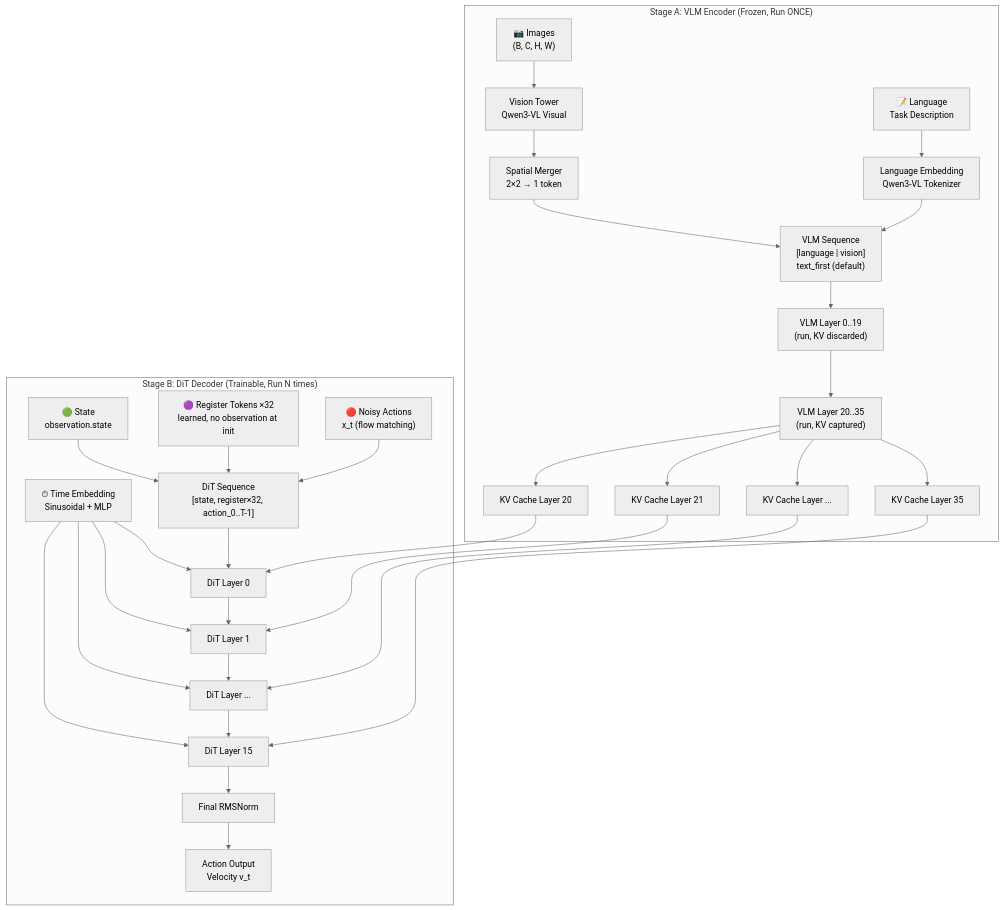
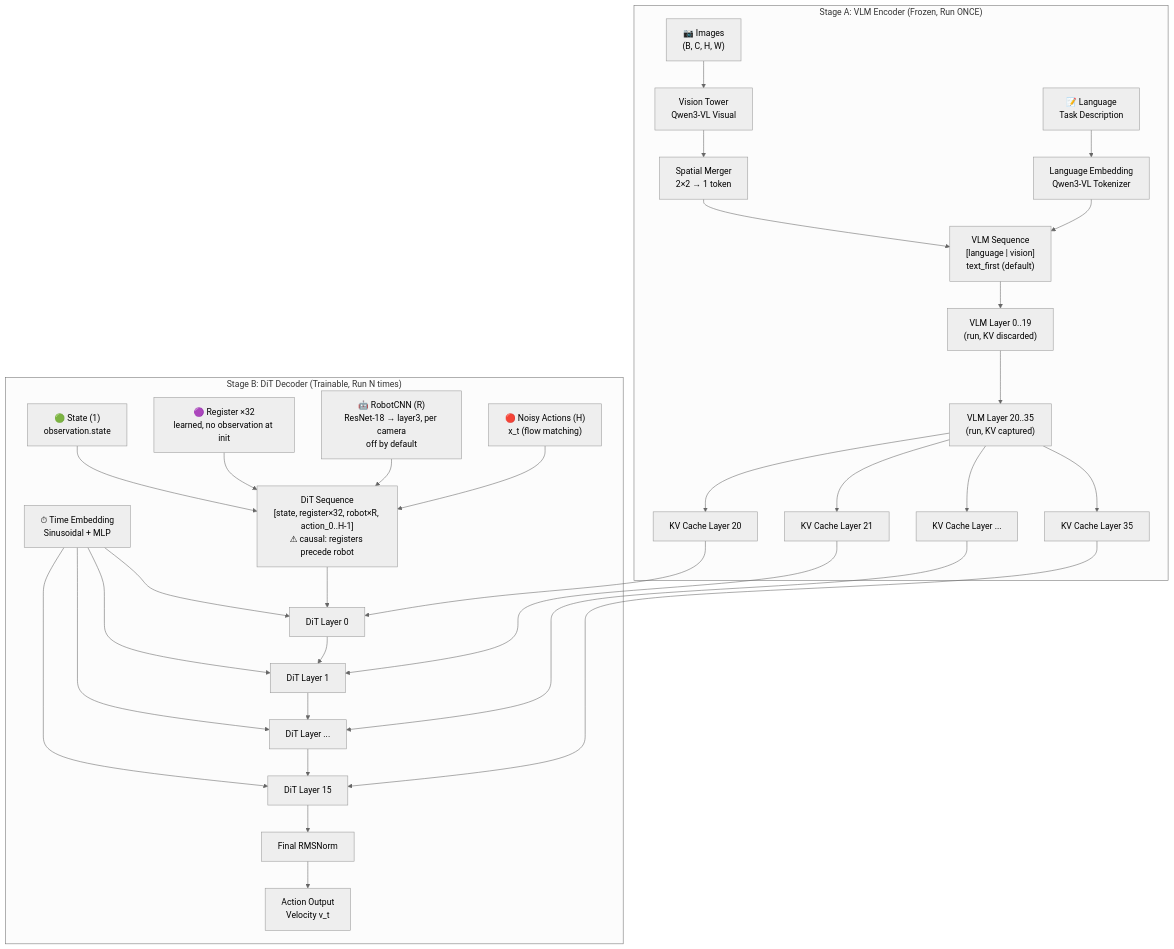
The diagram in src/models/wiltechs_vla/ARCHITECTURE.md (mayuanyang/lerobot-piper), drawn with Mermaid (neutral theme) before and after one commit. The commit also changed other lines of this file, not shown here.

First line of the commit message:
docs(wiltechs_vla): show where RobotCNN tokens sit and what the mask does to them

````diff
--- a/src/models/wiltechs_vla/ARCHITECTURE.md
+++ b/src/models/wiltechs_vla/ARCHITECTURE.md
@@ -11,58 +11,60 @@
 ```mermaid
 graph TB
     subgraph "Stage A: VLM Encoder (Frozen, Run ONCE)"
         Images["📷 Images<br/>(B, C, H, W)"]
         Language["📝 Language<br/>Task Description"]
         
         VisionTower["Vision Tower<br/>Qwen3-VL Visual"]
         SpatialMerger["Spatial Merger<br/>2×2 → 1 token"]
         LangEmbed["Language Embedding<br/>Qwen3-VL Tokenizer"]
         
         VLMSeq["VLM Sequence<br/>[language | vision]<br/>text_first (default)"]
         
         VLM1["VLM Layer 0..19<br/>(run, KV discarded)"]
         VLMN["VLM Layer 20..35<br/>(run, KV captured)"]
 
         KV0["KV Cache Layer 20"]
         KV1["KV Cache Layer 21"]
         KV2["KV Cache Layer ..."]
         KV3["KV Cache Layer 35"]
     end
     
     subgraph "Stage B: DiT Decoder (Trainable, Run N times)"
-        State["🟢 State<br/>observation.state"]
-        Register["🟣 Register Tokens ×32<br/>learned, no observation at init"]
-        Action["🔴 Noisy Actions<br/>x_t (flow matching)"]
+        State["🟢 State (1)<br/>observation.state"]
+        Register["🟣 Register ×32<br/>learned, no observation at init"]
+        RobotCNN["🤖 RobotCNN (R)<br/>ResNet-18 → layer3, per camera<br/>off by default"]
+        Action["🔴 Noisy Actions (H)<br/>x_t (flow matching)"]
 
-        DiTSeq["DiT Sequence<br/>[state, register×32, action_0..T-1]"]
+        DiTSeq["DiT Sequence<br/>[state, register×32, robot×R, action_0..H-1]<br/>⚠ causal: registers precede robot"]
         
         Time["⏱ Time Embedding<br/>Sinusoidal + MLP"]
         
         DiT1["DiT Layer 0"]
         DiT2["DiT Layer 1"]
         DiT3["DiT Layer ..."]
         DiTN["DiT Layer 15"]
         
         FinalNorm["Final RMSNorm"]
         ActionOut["Action Output<br/>Velocity v_t"]
     end
     
     Images --> VisionTower --> SpatialMerger --> VLMSeq
     Language --> LangEmbed --> VLMSeq
     
     VLMSeq --> VLM1 --> VLMN
     VLMN --> KV0 & KV1 & KV2 & KV3
 
     State --> DiTSeq
     Register --> DiTSeq
+    RobotCNN --> DiTSeq
     Action --> DiTSeq
     
     Time --> DiT1 & DiT2 & DiT3 & DiTN
     DiTSeq --> DiT1 --> DiT2 --> DiT3 --> DiTN
     KV0 --> DiT1
     KV1 --> DiT2
     KV2 --> DiT3
     KV3 --> DiTN
     
     DiTN --> FinalNorm --> ActionOut
 ```
````
